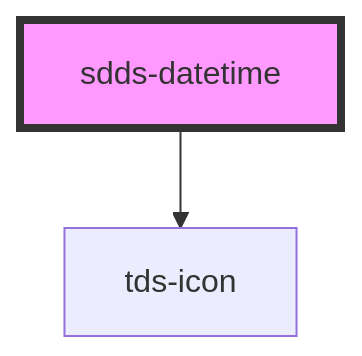
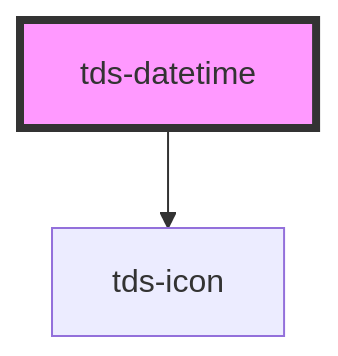
The diagram in core/src/components/datetime/readme.md (scania-digital-design-system/tegel), drawn with Mermaid before and after one commit. The commit also changed other lines of this file and 6 other files, not shown here.

````diff
--- a/core/src/components/datetime/readme.md
+++ b/core/src/components/datetime/readme.md
@@ -40,5 +42,5 @@
 ```mermaid
 graph TD;
-  sdds-datetime --> tds-icon
-  style sdds-datetime fill:#f9f,stroke:#333,stroke-width:4px
+  tds-datetime --> tds-icon
+  style tds-datetime fill:#f9f,stroke:#333,stroke-width:4px
 ```
````
